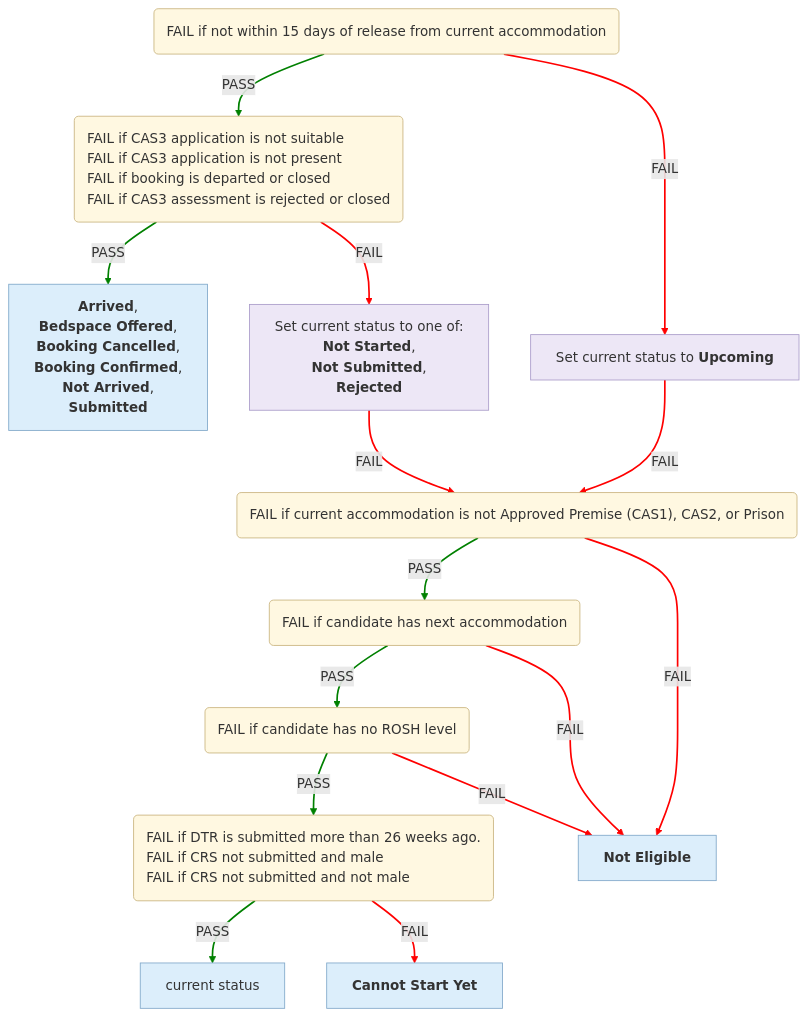
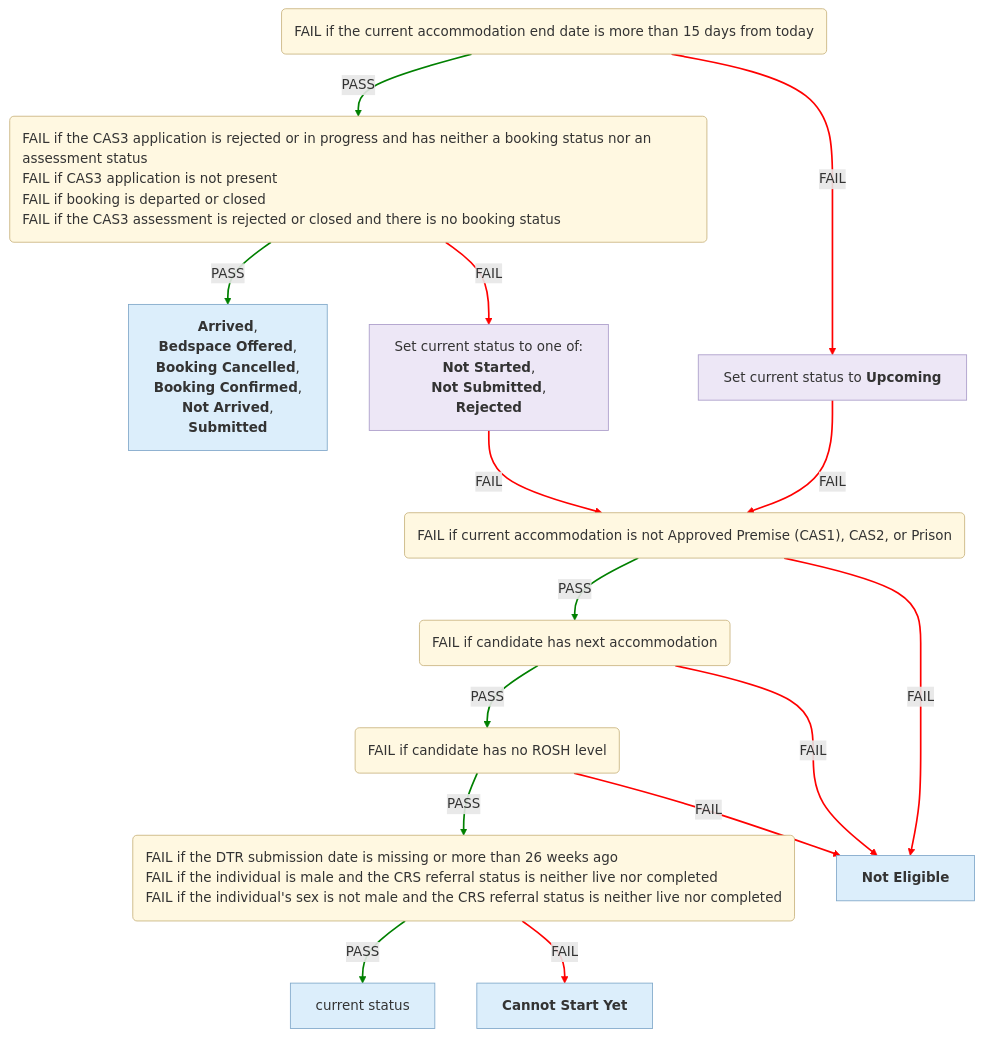
One commit to ministryofjustice/hmpps-single-accommodation-service-api changed the third of 6 diagrams in docs/eligibility-rules-graph.md. Above: the diagram before and after it, drawn with Mermaid. The commit also changed other lines of this file and 22 other files, not shown here.

Commit message:
chore/SAS-1544-Make-language-more-natural-for-Fail-descriptions

````diff
--- a/docs/eligibility-rules-graph.md
+++ b/docs/eligibility-rules-graph.md
@@ -284,51 +284,51 @@
 ```mermaid
 %%{init: {"flowchart": {"wrappingWidth": 800}}}%%
 flowchart TD
-  Upcoming("<div style='text-align:left'>FAIL if not within 15 days of release from current accommodation</div>")
-  Suitability("<div style='text-align:left'>FAIL if CAS3 application is not suitable
+  Upcoming("<div style='text-align:left'>FAIL if the current accommodation end date is more than 15 days from today</div>")
+  Suitability("<div style='text-align:left'>FAIL if the CAS3 application is rejected or in progress and has neither a booking status nor an assessment status
 FAIL if CAS3 application is not present
 FAIL if booking is departed or closed
-FAIL if CAS3 assessment is rejected or closed</div>")
+FAIL if the CAS3 assessment is rejected or closed and there is no booking status</div>")
   outcome_Cas3CompletionContextUpdater["<b>Arrived</b>,
  <b>Bedspace Offered</b>,
  <b>Booking Cancelled</b>,
  <b>Booking Confirmed</b>,
  <b>Not Arrived</b>,
  <b>Submitted</b>"]
   updater_Cas3SuitabilityContextUpdater["Set current status to one of:
 <b>Not Started</b>,
  <b>Not Submitted</b>,
  <b>Rejected</b>"]
   Eligibility_Current_Accommodation("<div style='text-align:left'>FAIL if current accommodation is not Approved Premise (CAS1), CAS2, or Prison</div>")
   Eligibility_Next_Accommodation("<div style='text-align:left'>FAIL if candidate has next accommodation</div>")
   Eligibility_Rosh("<div style='text-align:left'>FAIL if candidate has no ROSH level</div>")
-  Prerequisite("<div style='text-align:left'>FAIL if DTR is submitted more than 26 weeks ago.
-FAIL if CRS not submitted and male
-FAIL if CRS not submitted and not male</div>")
+  Prerequisite("<div style='text-align:left'>FAIL if the DTR submission date is missing or more than 26 weeks ago
+FAIL if the individual is male and the CRS referral status is neither live nor completed
+FAIL if the individual's sex is not male and the CRS referral status is neither live nor completed</div>")
   confirmed["current status"]
   outcome_Cas3PrerequisiteContextUpdater["<b>Cannot Start Yet</b>"]
   CAS3_NOT_ELIGIBLE["<b>Not Eligible</b>"]
   updater_Cas3UpcomingContextUpdater["Set current status to <b>Upcoming</b>"]
   Suitability -->|PASS| outcome_Cas3CompletionContextUpdater
   Suitability -->|FAIL| updater_Cas3SuitabilityContextUpdater
   Prerequisite -->|PASS| confirmed
   Prerequisite -->|FAIL| outcome_Cas3PrerequisiteContextUpdater
   Eligibility_Rosh -->|PASS| Prerequisite
   Eligibility_Rosh -->|FAIL| CAS3_NOT_ELIGIBLE
   Eligibility_Next_Accommodation -->|PASS| Eligibility_Rosh
   Eligibility_Next_Accommodation -->|FAIL| CAS3_NOT_ELIGIBLE
   Eligibility_Current_Accommodation -->|PASS| Eligibility_Next_Accommodation
   Eligibility_Current_Accommodation -->|FAIL| CAS3_NOT_ELIGIBLE
   updater_Cas3SuitabilityContextUpdater -->|FAIL| Eligibility_Current_Accommodation
   Upcoming -->|PASS| Suitability
   Upcoming -->|FAIL| updater_Cas3UpcomingContextUpdater
   updater_Cas3UpcomingContextUpdater -->|FAIL| Eligibility_Current_Accommodation
   linkStyle 0,2,4,6,8,11 stroke:green,stroke-width:2px
   linkStyle 1,3,5,7,9,10,12,13 stroke:red,stroke-width:2px
   classDef ruleSetNode fill:#FFF8E1,stroke:#C9B37E,color:#333
   classDef outcomeNode fill:#DCEEFB,stroke:#7FA7C9,color:#333
   classDef updaterNode fill:#EDE7F6,stroke:#A99BC9,color:#333
   class Upcoming,Suitability,Eligibility_Current_Accommodation,Eligibility_Next_Accommodation,Eligibility_Rosh,Prerequisite ruleSetNode
   class outcome_Cas3CompletionContextUpdater,confirmed,outcome_Cas3PrerequisiteContextUpdater,CAS3_NOT_ELIGIBLE outcomeNode
   class updater_Cas3SuitabilityContextUpdater,updater_Cas3UpcomingContextUpdater updaterNode
 ```
````
